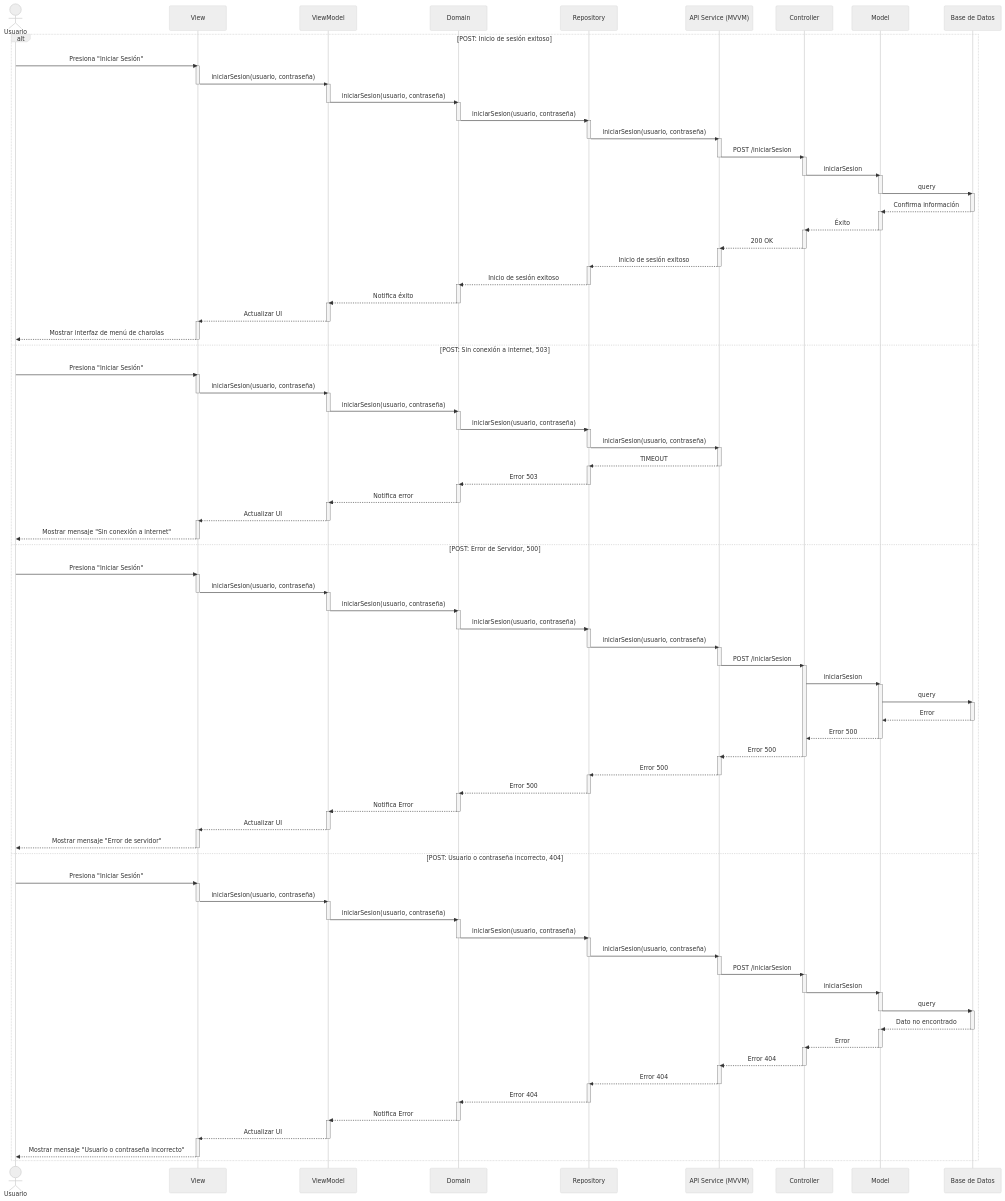
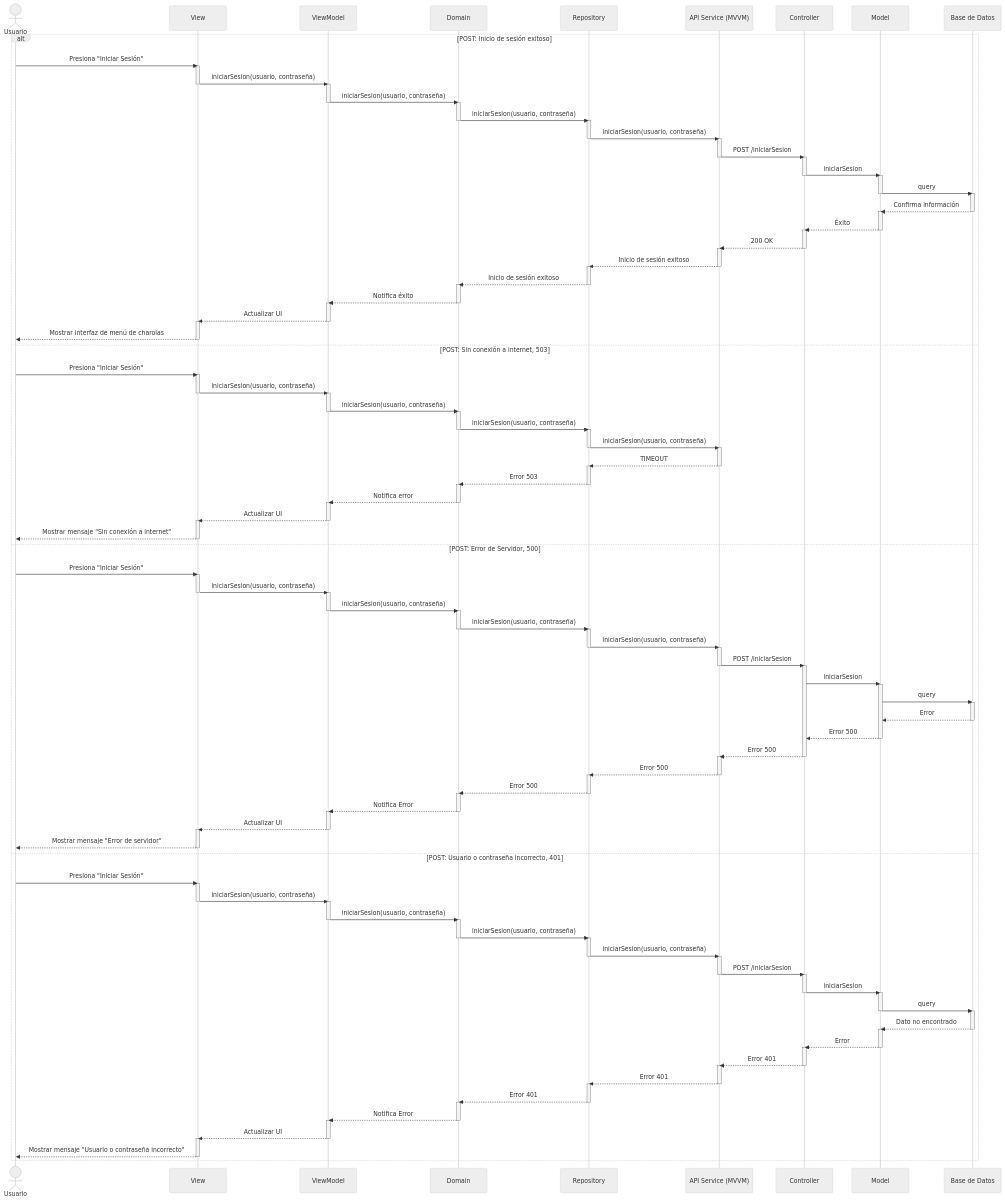
The diagram in documentation/docs/proyectos/larvas/documentacion/requisitos/RF1.md (CodeAnd-Co/Documentacion), drawn with Mermaid (neutral theme) before and after one commit. The commit also changed other lines of this file, not shown here.

Commit message:
Arregladas inconsistencias en la documentacion

```diff
--- a/documentation/docs/proyectos/larvas/documentacion/requisitos/RF1.md
+++ b/documentation/docs/proyectos/larvas/documentacion/requisitos/RF1.md
@@ -198,7 +196,7 @@
         View-->>Usuario: Mostrar mensaje "Error de servidor"
         deactivate View
 
-        else POST: Usuario o contraseña incorrecto, 404
+        else POST: Usuario o contraseña incorrecto, 401
         Usuario->>View: Presiona "Iniciar Sesión"
         activate View
 
@@ -238,15 +236,15 @@
         deactivate Model
         activate Controller
 
-        Controller-->>APIService: Error 404
+        Controller-->>APIService: Error 401
         deactivate Controller
         activate APIService
 
-        APIService-->>Repository: Error 404
+        APIService-->>Repository: Error 401
         deactivate APIService
         activate Repository
 
-        Repository-->>Domain: Error 404
+        Repository-->>Domain: Error 401
         deactivate Repository
         activate Domain
 
```
